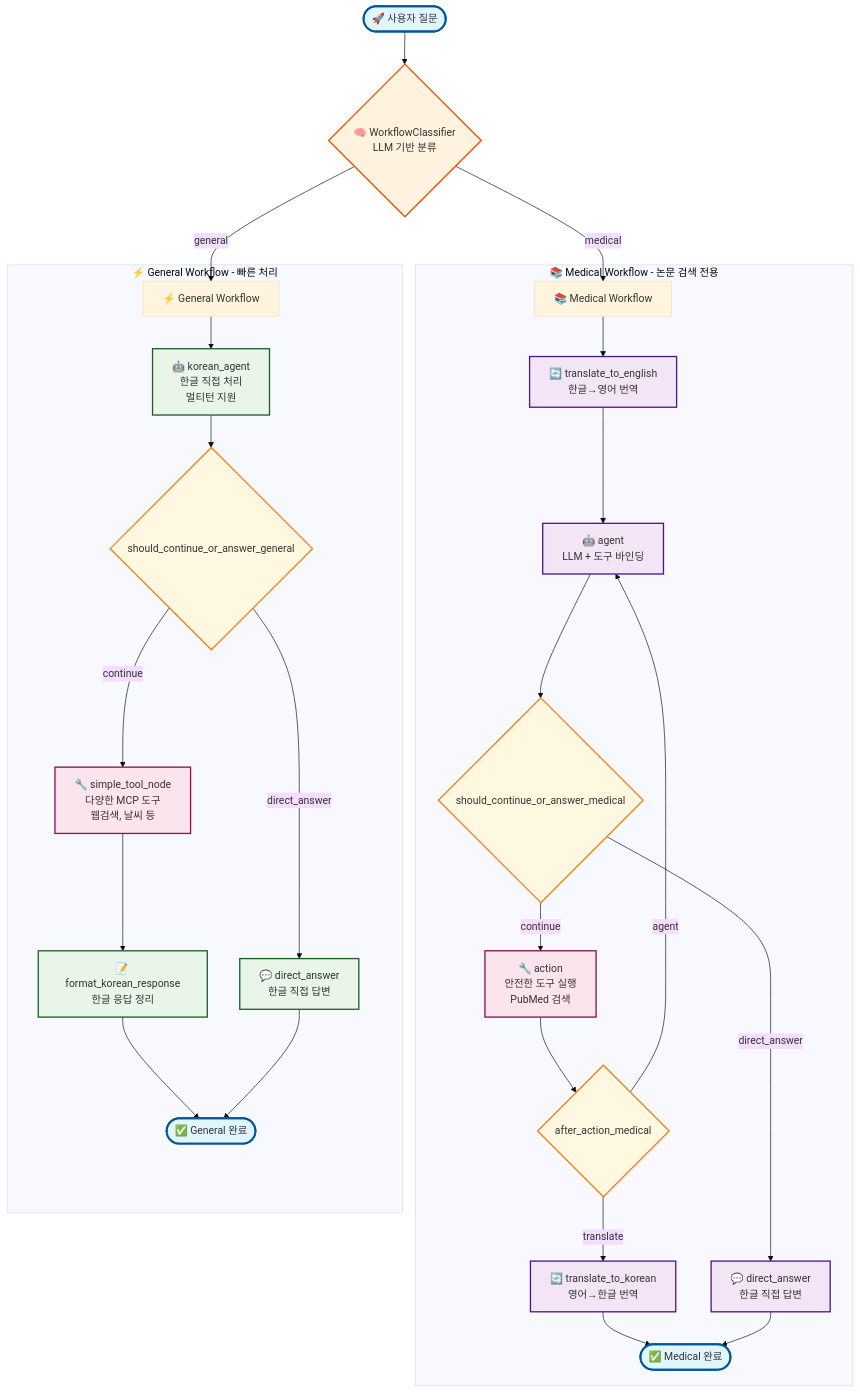
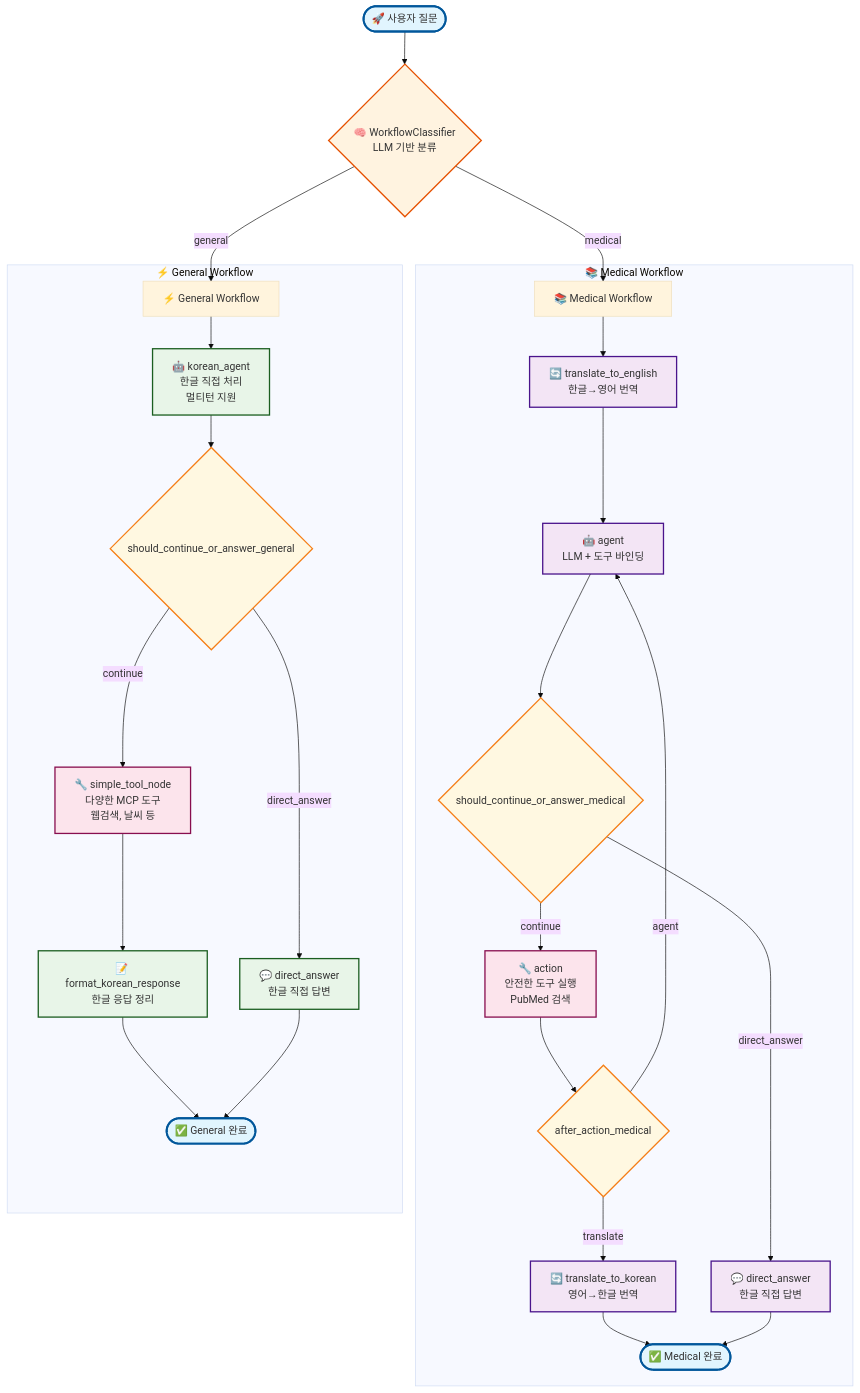
Before and after one commit to meloncan/Med-Search: the first of 6 diagrams in README.md, drawn with Mermaid (base theme).

Commit message:
README.md 파일 수정 2

````diff
--- a/README.md
+++ b/README.md
@@ -41,48 +41,48 @@
 ```mermaid
 graph TD
     START([🚀 사용자 질문]) --> CLASSIFIER{🧠 WorkflowClassifier<br/>LLM 기반 분류}
     
     %% 분류 결과에 따른 워크플로우 선택
     CLASSIFIER -->|medical| MED_START[📚 Medical Workflow]
     CLASSIFIER -->|general| GEN_START[⚡ General Workflow]
     
     %% Medical Workflow
-    subgraph MEDICAL [📚 Medical Workflow - 논문 검색 전용]
+    subgraph MEDICAL [📚 Medical Workflow ]
         MED_START --> TRANSLATE_EN[🔄 translate_to_english<br/>한글→영어 번역]
         TRANSLATE_EN --> MED_AGENT[🤖 agent<br/>LLM + 도구 바인딩]
         MED_AGENT --> MED_DECISION{should_continue_or_answer_medical}
         MED_DECISION -->|continue| MED_ACTION[🔧 action<br/>안전한 도구 실행<br/>PubMed 검색]
         MED_DECISION -->|direct_answer| MED_DIRECT[💬 direct_answer<br/>한글 직접 답변]
         MED_ACTION --> AFTER_ACTION{after_action_medical}
         AFTER_ACTION -->|agent| MED_AGENT
         AFTER_ACTION -->|translate| TRANSLATE_KR[🔄 translate_to_korean<br/>영어→한글 번역]
         TRANSLATE_KR --> MED_END([✅ Medical 완료])
         MED_DIRECT --> MED_END
     end
     
     %% General Workflow
-    subgraph GENERAL [⚡ General Workflow - 빠른 처리]
+    subgraph GENERAL [⚡ General Workflow ]
         GEN_START --> GEN_AGENT[🤖 korean_agent<br/>한글 직접 처리<br/>멀티턴 지원]
         GEN_AGENT --> GEN_DECISION{should_continue_or_answer_general}
         GEN_DECISION -->|continue| GEN_ACTION[🔧 simple_tool_node<br/>다양한 MCP 도구<br/>웹검색, 날씨 등]
         GEN_DECISION -->|direct_answer| GEN_DIRECT[💬 direct_answer<br/>한글 직접 답변]
         GEN_ACTION --> FORMAT[📝 format_korean_response<br/>한글 응답 정리]
         FORMAT --> GEN_END([✅ General 완료])
         GEN_DIRECT --> GEN_END
     end
     
     %% 스타일링
     classDef startEnd fill:#e1f5fe,stroke:#01579b,stroke-width:3px
     classDef classifier fill:#fff3e0,stroke:#e65100,stroke-width:2px
     classDef medical fill:#f3e5f5,stroke:#4a148c,stroke-width:2px
     classDef general fill:#e8f5e8,stroke:#1b5e20,stroke-width:2px
     classDef decision fill:#fff8e1,stroke:#f57f17,stroke-width:2px
     classDef action fill:#fce4ec,stroke:#880e4f,stroke-width:2px
     
     class START,MED_END,GEN_END startEnd
     class CLASSIFIER classifier
     class TRANSLATE_EN,MED_AGENT,TRANSLATE_KR,MED_DIRECT medical
     class GEN_AGENT,GEN_ACTION,FORMAT,GEN_DIRECT general
     class MED_DECISION,AFTER_ACTION,GEN_DECISION decision
     class MED_ACTION,GEN_ACTION action
 ```
````
